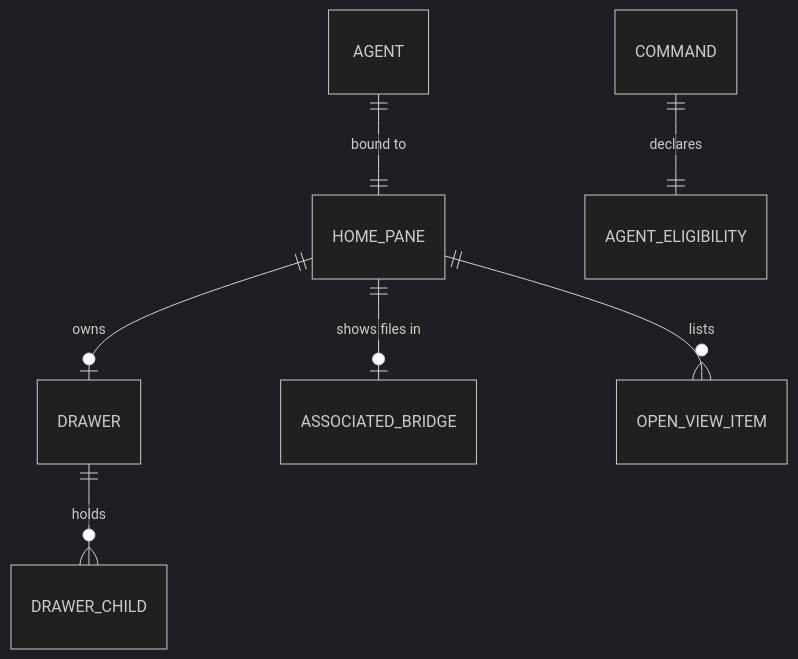
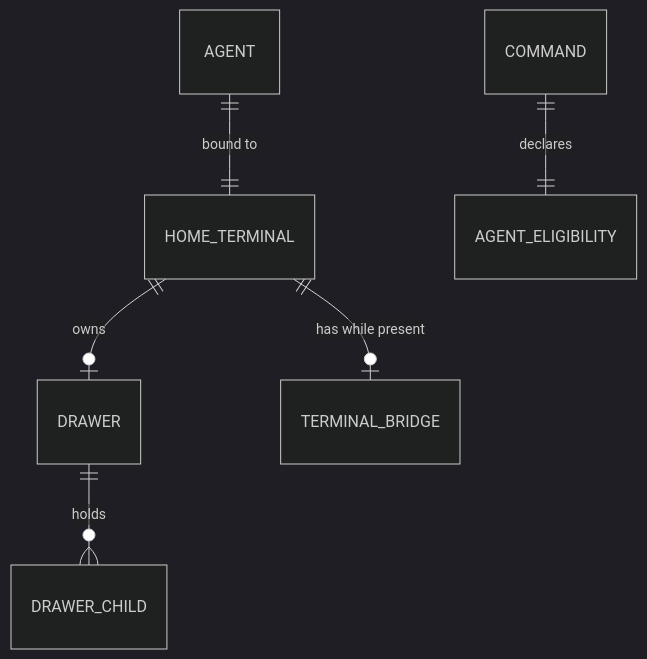
The second of 2 diagrams in docs/specs/2026-09-23-workspace-ipc-control/specification.md (ShravanSunder/agentstudio), drawn with Mermaid (dark theme) before and after one commit. The commit also changed other lines of this file and 1 other file, not shown here.

````diff
--- a/docs/specs/2026-09-23-workspace-ipc-control/specification.md
+++ b/docs/specs/2026-09-23-workspace-ipc-control/specification.md
@@ -47,9 +43,8 @@
 ```mermaid
 erDiagram
-  AGENT ||--|| HOME_PANE : "bound to"
-  HOME_PANE ||--o| DRAWER : owns
+  AGENT ||--|| HOME_TERMINAL : "bound to"
+  HOME_TERMINAL ||--o| DRAWER : owns
   DRAWER ||--o{ DRAWER_CHILD : holds
-  HOME_PANE ||--o| ASSOCIATED_BRIDGE : "shows files in"
-  HOME_PANE ||--o{ OPEN_VIEW_ITEM : lists
+  HOME_TERMINAL ||--o| TERMINAL_BRIDGE : "has while present"
   COMMAND ||--|| AGENT_ELIGIBILITY : declares
 ```
````
